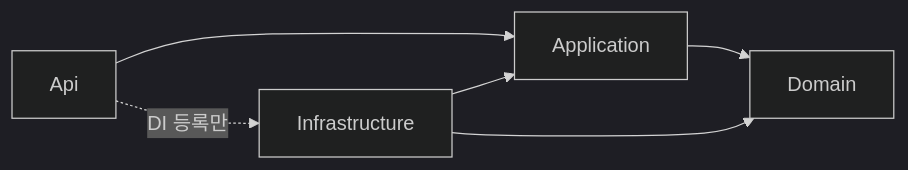
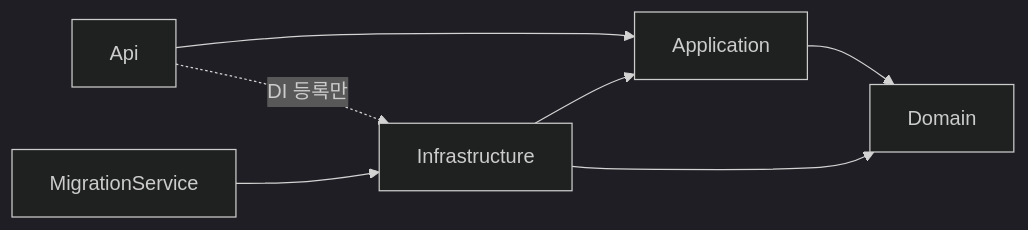
One commit to thkim-ezabele/task_20260926 changed the diagram in wiki/03-architecture/clean-architecture.md. Above: the diagram before and after it, drawn with Mermaid (dark theme). The commit also changed other lines of this file and 9 other files, not shown here.

First line of the commit message:
docs(architecture): 저장소 구조 실경로화, 의존성 규칙 표 · 아키텍처 테스트 규칙 1:1, 커버리지 대상 6개, 보류 항목 ADR-0023 링크 (S04-T02)

````diff
--- a/wiki/03-architecture/clean-architecture.md
+++ b/wiki/03-architecture/clean-architecture.md
@@ -28,8 +29,9 @@
 ```mermaid
 flowchart LR
     Api --> Application
     Api -.->|DI 등록만| Infrastructure
+    MigrationService --> Infrastructure
     Infrastructure --> Application
     Application --> Domain
     Infrastructure --> Domain
 ```
````
